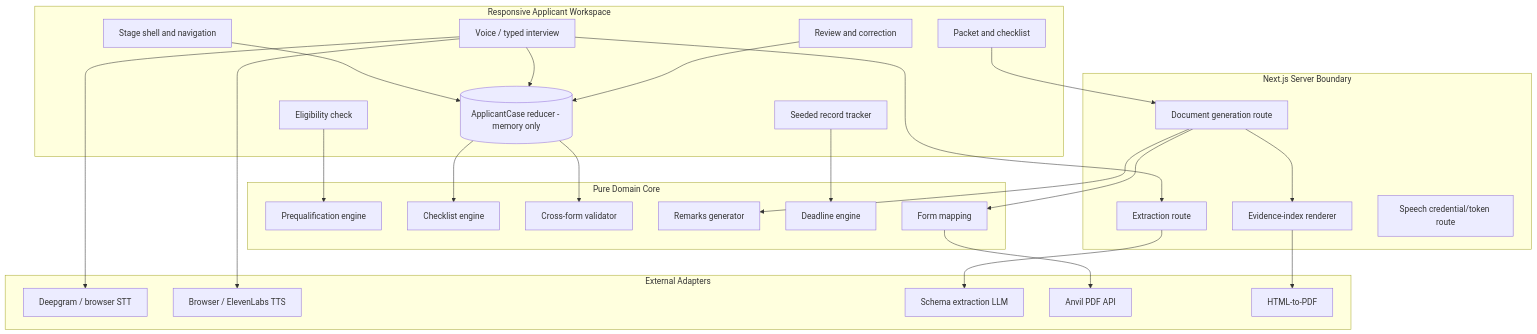
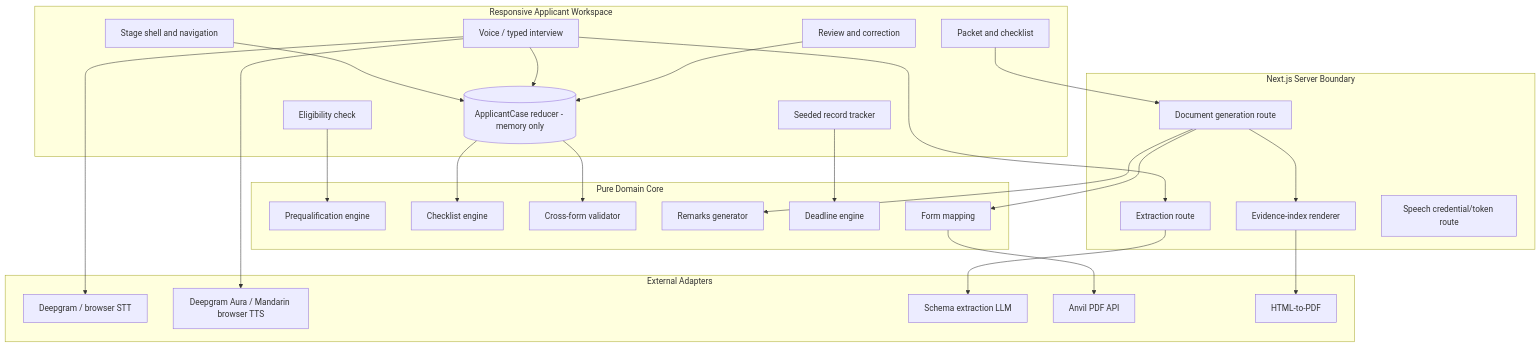
The first of 3 diagrams in specs/formless/design.md (Carldtitan/Clearway), drawn with Mermaid before and after one commit. The commit also changed other lines of this file and 11 other files, not shown here.

Commit message:
feat: switch speech output to Deepgram Aura

````diff
--- a/specs/formless/design.md
+++ b/specs/formless/design.md
@@ -217,51 +217,51 @@
 ```mermaid
 graph TD
     subgraph Browser["Responsive Applicant Workspace"]
         Shell[Stage shell and navigation]
         Check[Eligibility check]
         Interview[Voice / typed interview]
         Review[Review and correction]
         Packet[Packet and checklist]
         Records[Seeded record tracker]
         State[(ApplicantCase reducer - memory only)]
     end
 
     subgraph Server["Next.js Server Boundary"]
         ExtractAPI[Extraction route]
         DocsAPI[Document generation route]
         EvidenceAPI[Evidence-index renderer]
         SpeechToken[Speech credential/token route]
     end
 
     subgraph Domain["Pure Domain Core"]
         Eligibility[Prequalification engine]
         Checklist[Checklist engine]
         Consistency[Cross-form validator]
         Remarks[Remarks generator]
         Deadlines[Deadline engine]
         Mapping[Form mapping]
     end
 
     subgraph Services["External Adapters"]
         STT[Deepgram / browser STT]
-        TTS[Browser / ElevenLabs TTS]
+        TTS[Deepgram Aura / Mandarin browser TTS]
         LLM[Schema extraction LLM]
         Anvil[Anvil PDF API]
         PDF[HTML-to-PDF]
     end
 
     Shell --> State
     Check --> Eligibility
     Interview --> State
     Interview --> STT
     Interview --> TTS
     Interview --> ExtractAPI --> LLM
     Review --> State
     State --> Checklist
     State --> Consistency
     Packet --> DocsAPI
     DocsAPI --> Mapping --> Anvil
     DocsAPI --> Remarks
     DocsAPI --> EvidenceAPI --> PDF
     Records --> Deadlines
 ```
````
